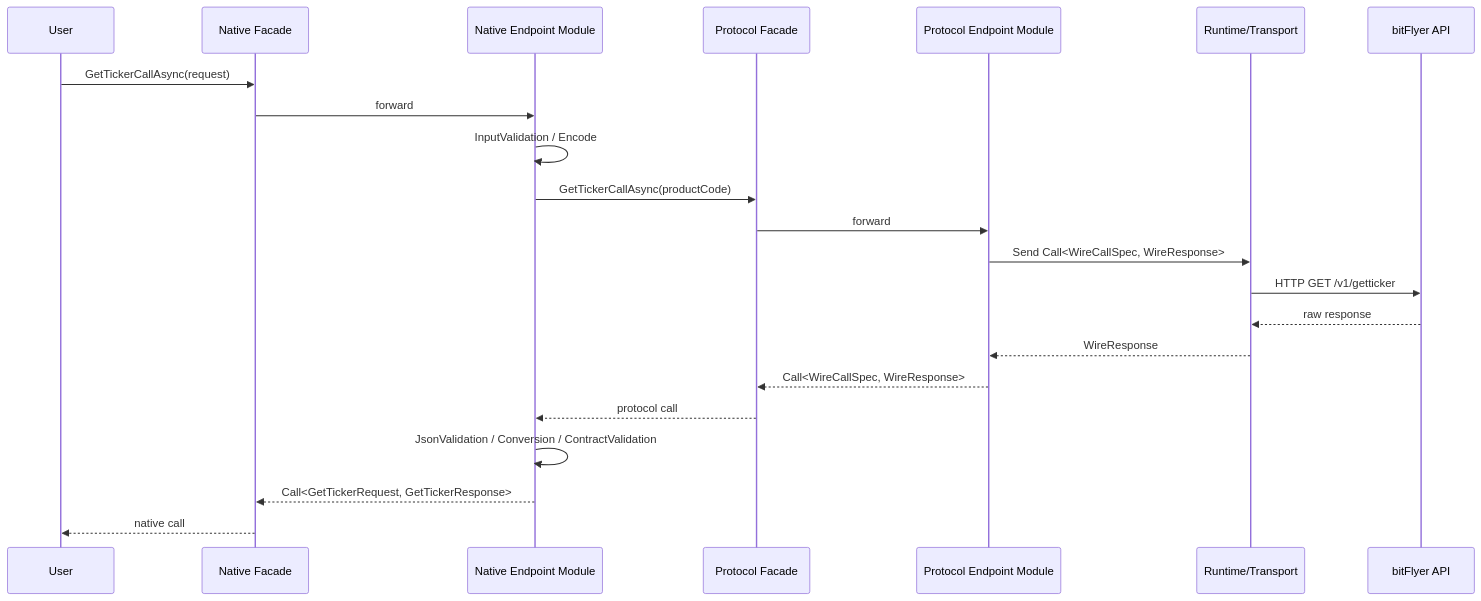
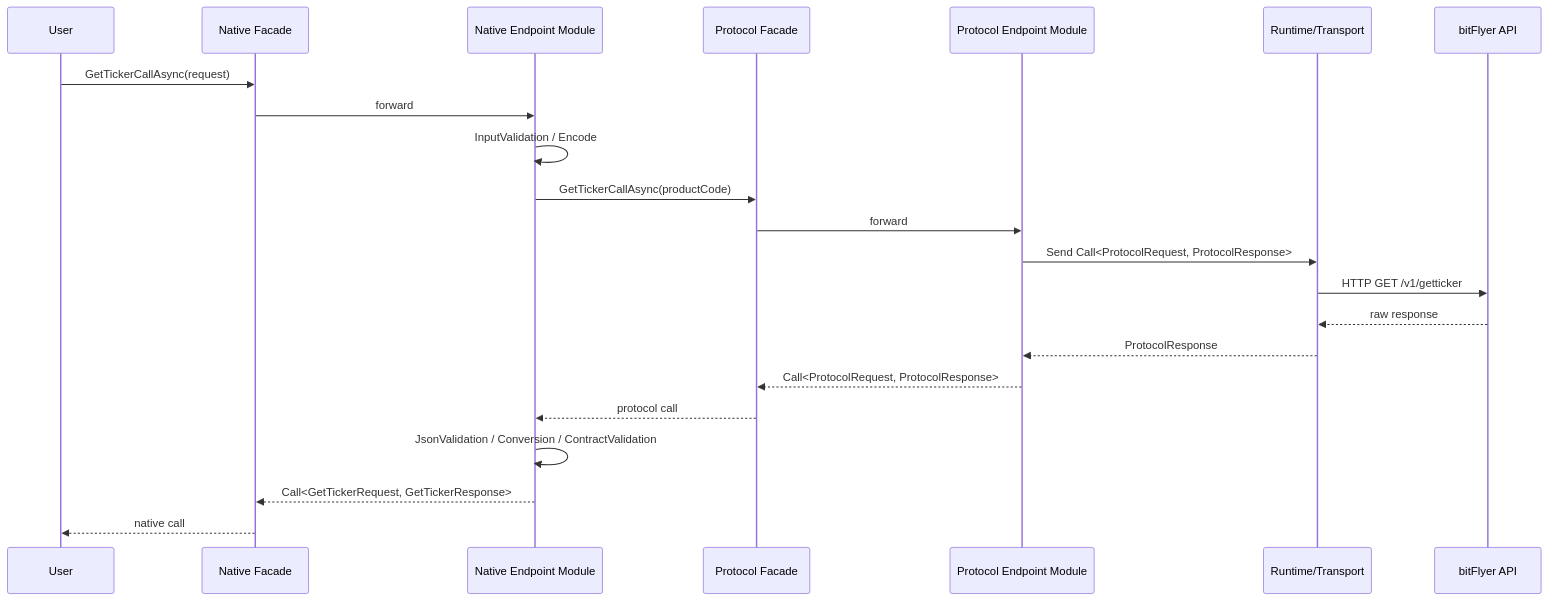
Before and after one commit to tkoba0410/ExchangeAPI: the third of 3 diagrams in docs/stage10.md, drawn with Mermaid. The commit also changed other lines of this file and 1 other file, not shown here.

````diff
--- a/docs/stage10.md
+++ b/docs/stage10.md
@@ -88,25 +88,25 @@
 ```mermaid
 sequenceDiagram
     participant User as User
     participant NF as Native Facade
     participant NM as Native Endpoint Module
     participant PF as Protocol Facade
     participant PM as Protocol Endpoint Module
     participant RT as Runtime/Transport
     participant BF as bitFlyer API
 
     User->>NF: GetTickerCallAsync(request)
     NF->>NM: forward
     NM->>NM: InputValidation / Encode
     NM->>PF: GetTickerCallAsync(productCode)
     PF->>PM: forward
-    PM->>RT: Send Call<WireCallSpec, WireResponse>
+    PM->>RT: Send Call<ProtocolRequest, ProtocolResponse>
     RT->>BF: HTTP GET /v1/getticker
     BF-->>RT: raw response
-    RT-->>PM: WireResponse
-    PM-->>PF: Call<WireCallSpec, WireResponse>
+    RT-->>PM: ProtocolResponse
+    PM-->>PF: Call<ProtocolRequest, ProtocolResponse>
     PF-->>NM: protocol call
     NM->>NM: JsonValidation / Conversion / ContractValidation
     NM-->>NF: Call<GetTickerRequest, GetTickerResponse>
     NF-->>User: native call
 ```
````
